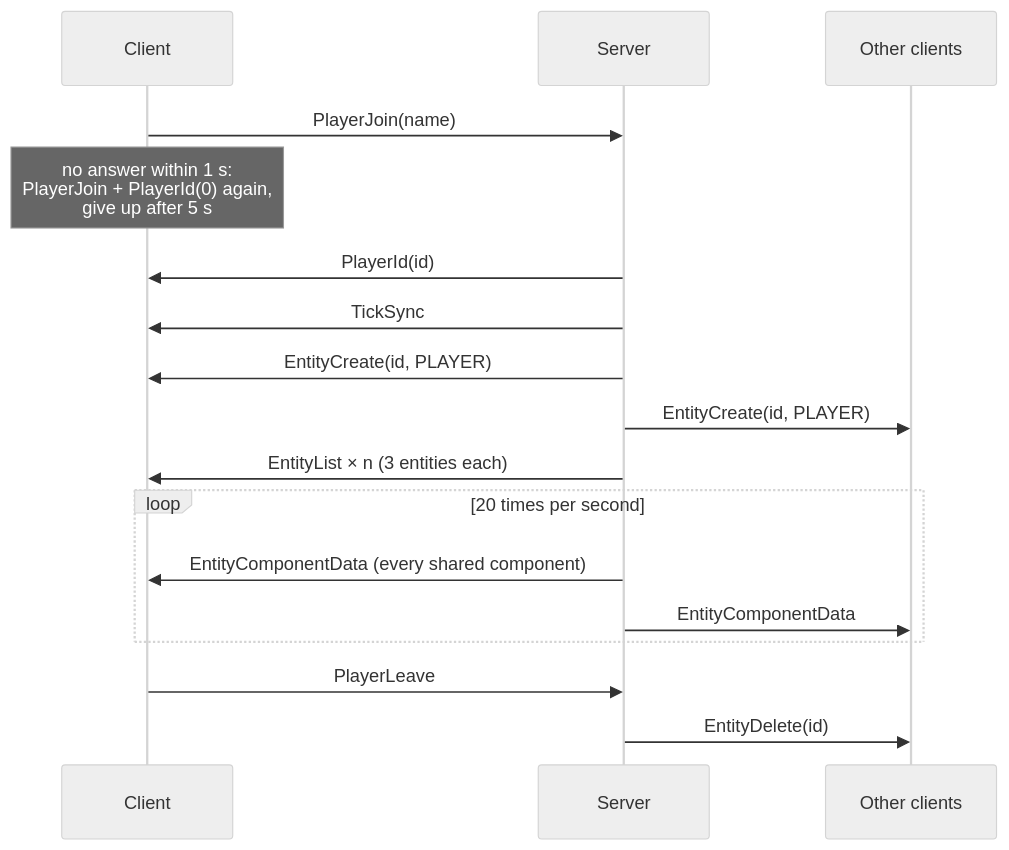
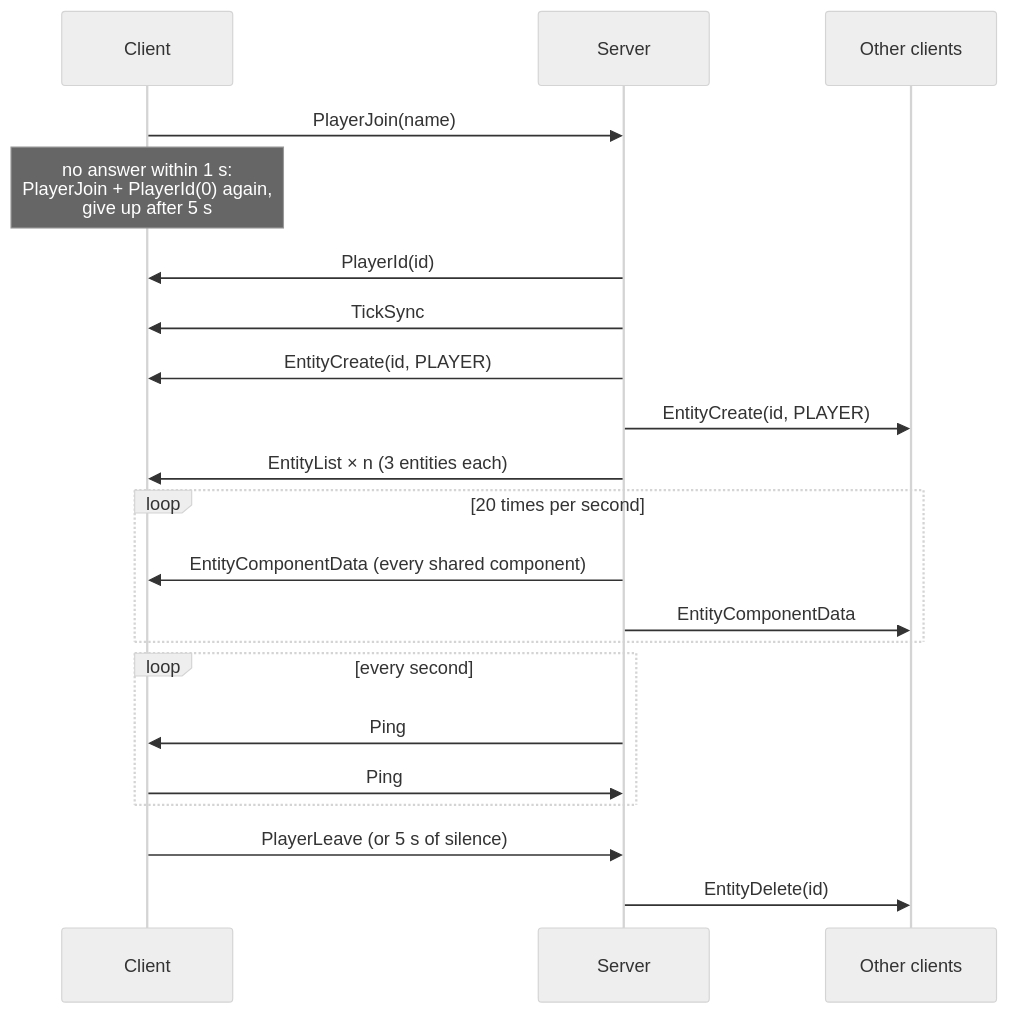
One commit to Space-Type/Documentation changed the diagram in docs/protocol.md. Above: the diagram before and after it, drawn with Mermaid (neutral theme). The commit also changed other lines of this file and 2 other files, not shown here.

````diff
--- a/docs/protocol.md
+++ b/docs/protocol.md
@@ -295,19 +296,23 @@
 ```mermaid
 sequenceDiagram
     participant C as Client
     participant S as Server
     participant O as Other clients
     C->>S: PlayerJoin(name)
     Note over C: no answer within 1 s:<br/>PlayerJoin + PlayerId(0) again,<br/>give up after 5 s
     S->>C: PlayerId(id)
     S->>C: TickSync
     S->>C: EntityCreate(id, PLAYER)
     S->>O: EntityCreate(id, PLAYER)
     S->>C: EntityList × n (3 entities each)
     loop 20 times per second
         S->>C: EntityComponentData (every shared component)
         S->>O: EntityComponentData
     end
-    C->>S: PlayerLeave
+    loop every second
+        S->>C: Ping
+        C->>S: Ping
+    end
+    C->>S: PlayerLeave (or 5 s of silence)
     S->>O: EntityDelete(id)
 ```
````
